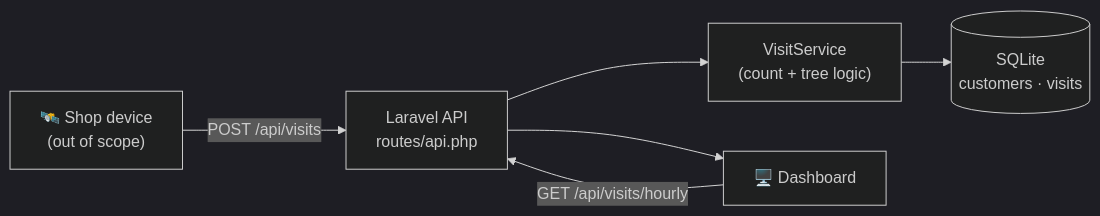
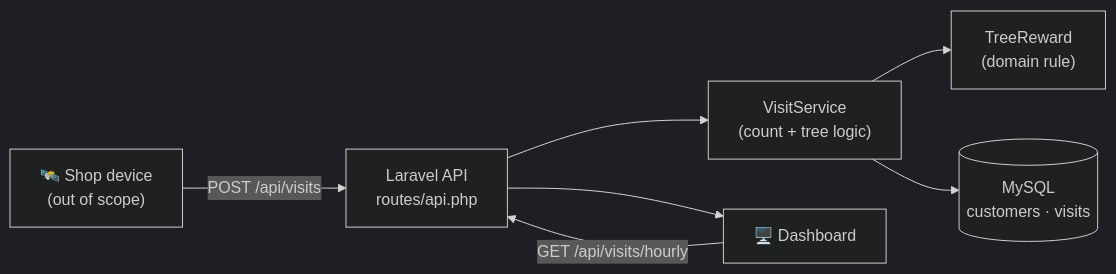
Before and after one commit to juanp434/TreeVisits: the diagram in README.md, drawn with Mermaid (dark theme). The commit also changed other lines of this file and 16 other files, not shown here.

First line of the commit message:
Decouple domain rule, move to MySQL, add unit tests

````diff
--- a/README.md
+++ b/README.md
@@ -12,8 +12,9 @@
 ```mermaid
 flowchart LR
     Device["🛰️ Shop device<br/>(out of scope)"] -->|POST /api/visits| API["Laravel API<br/>routes/api.php"]
     API --> Service["VisitService<br/>(count + tree logic)"]
-    Service --> DB[("SQLite<br/>customers · visits")]
+    Service --> Rule["TreeReward<br/>(domain rule)"]
+    Service --> DB[("MySQL<br/>customers · visits")]
     Browser["🖥️ Dashboard"] -->|GET /api/visits/hourly| API
     API --> Browser
 ```
````
